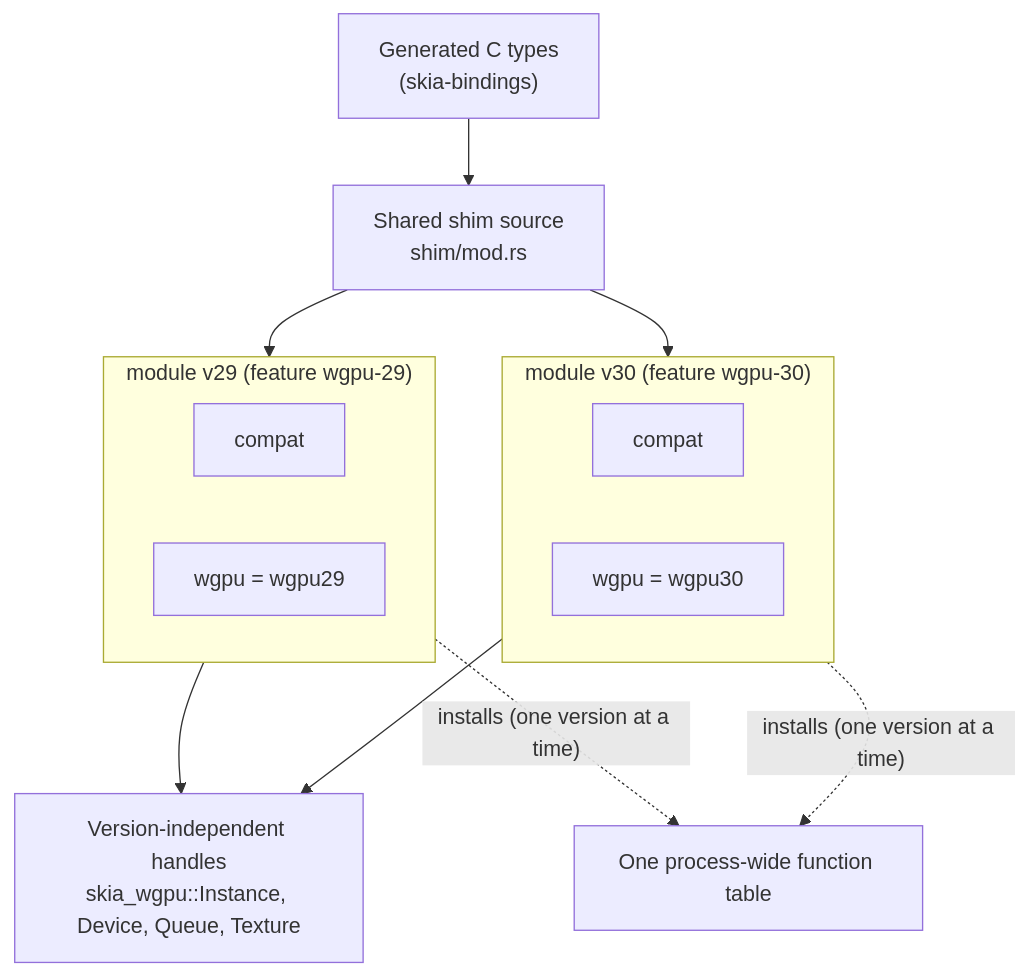
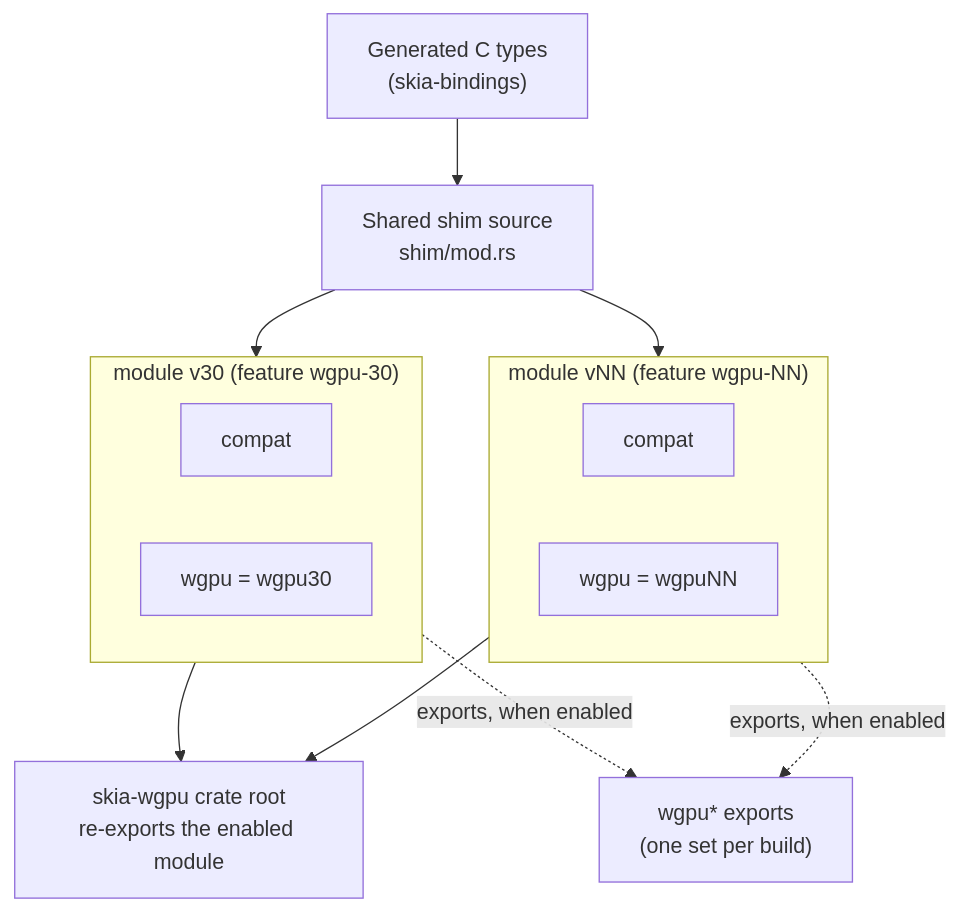
Before and after one commit to rust-skia/rust-skia: the fifth of 5 diagrams in docs/wgpu-backend-architecture.md, drawn with Mermaid. The commit also changed other lines of this file and 2 other files, not shown here.

Commit message:
docs: Split the WebGPU function exports into ADR 0004, and record skia-safe's wgpu API and the pending-map leak

````diff
--- a/docs/wgpu-backend-architecture.md
+++ b/docs/wgpu-backend-architecture.md
@@ -118,23 +139,23 @@
 ```mermaid
 flowchart TD
+    types["Generated C types<br/>(skia-bindings)"]
     src["Shared shim source<br/>shim/mod.rs"]
-    types["Generated C types<br/>(skia-bindings)"]
-    subgraph v29 ["module v29 (feature wgpu-29)"]
-        c29["compat"]
-        w29["wgpu = wgpu29"]
-    end
     subgraph v30 ["module v30 (feature wgpu-30)"]
         c30["compat"]
         w30["wgpu = wgpu30"]
     end
-    handles["Version-independent handles<br/>skia_wgpu::Instance, Device, Queue, Texture"]
-    table["One process-wide function table"]
+    subgraph vNN ["module vNN (feature wgpu-NN)"]
+        cNN["compat"]
+        wNN["wgpu = wgpuNN"]
+    end
+    root["skia-wgpu crate root<br/>re-exports the enabled module"]
+    exports["wgpu* exports<br/>(one set per build)"]
 
     types --> src
-    src --> v29
     src --> v30
-    v29 --> handles
-    v30 --> handles
-    v29 -. "installs (one version at a time)" .-> table
-    v30 -. "installs (one version at a time)" .-> table
+    src --> vNN
+    v30 --> root
+    vNN --> root
+    v30 -. "exports, when enabled" .-> exports
+    vNN -. "exports, when enabled" .-> exports
 ```
````
